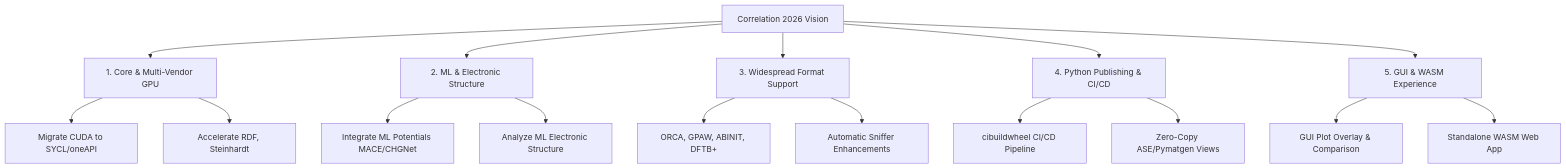
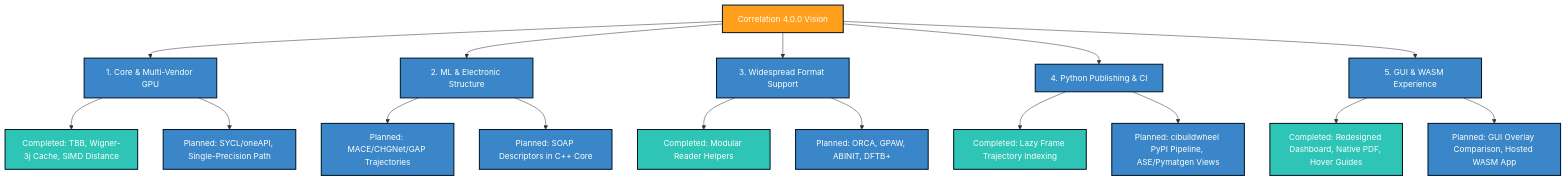
One commit to Isurwars/Correlation changed the diagram in docs/RoadMap.md. Above: the diagram before and after it, drawn with Mermaid. The commit also changed other lines of this file, not shown here.

Commit message:
docs: update roadmap to 4.0.0 with completed v3.4.x/v3.5.x milestones and revised strategic goals

````diff
--- a/docs/RoadMap.md
+++ b/docs/RoadMap.md
@@ -10,23 +10,27 @@
 ```mermaid
 graph TD
-    A[Correlation 2026 Vision] --> B[1. Core & Multi-Vendor GPU]
-    A --> C[2. ML & Electronic Structure]
-    A --> D[3. Widespread Format Support]
-    A --> E[4. Python Publishing & CI/CD]
-    A --> F[5. GUI & WASM Experience]
+    classDef completed fill:#2ec4b6,stroke:#011627,stroke-width:2px,color:#fdfffc;
+    classDef planned fill:#3a86c8,stroke:#011627,stroke-width:2px,color:#fdfffc;
+    classDef core fill:#ff9f1c,stroke:#011627,stroke-width:2px,color:#fdfffc;
 
-    B --> B1[Migrate CUDA to SYCL/oneAPI]
-    B --> B2[Accelerate RDF, Steinhardt]
+    A["Correlation 4.0.0 Vision"]:::core --> B["1. Core & Multi-Vendor GPU"]:::planned
+    A --> C["2. ML & Electronic Structure"]:::planned
+    A --> D["3. Widespread Format Support"]:::planned
+    A --> E["4. Python Publishing & CI"]:::planned
+    A --> F["5. GUI & WASM Experience"]:::planned
+
+    B --> B1["Completed: TBB, Wigner-3j Cache, SIMD Distance"]:::completed
+    B --> B2["Planned: SYCL/oneAPI, Single-Precision Path"]:::planned
     
-    C --> C1[Integrate ML Potentials MACE/CHGNet]
-    C --> C2[Analyze ML Electronic Structure]
+    C --> C1["Planned: MACE/CHGNet/GAP Trajectories"]:::planned
+    C --> C2["Planned: SOAP Descriptors in C++ Core"]:::planned
     
-    D --> D1[ORCA, GPAW, ABINIT, DFTB+]
-    D --> D2[Automatic Sniffer Enhancements]
+    D --> D1["Completed: Modular Reader Helpers"]:::completed
+    D --> D2["Planned: ORCA, GPAW, ABINIT, DFTB+"]:::planned
 
-    E --> E1[cibuildwheel CI/CD Pipeline]
-    E --> E2[Zero-Copy ASE/Pymatgen Views]
+    E --> E1["Completed: Lazy Frame Trajectory Indexing"]:::completed
+    E --> E2["Planned: cibuildwheel PyPI Pipeline, ASE/Pymatgen Views"]:::planned
 
-    F --> F1[GUI Plot Overlay & Comparison]
-    F --> F2[Standalone WASM Web App]
+    F --> F1["Completed: Redesigned Dashboard, Native PDF, Hover Guides"]:::completed
+    F --> F2["Planned: GUI Overlay Comparison, Hosted WASM App"]:::planned
 ```
````
